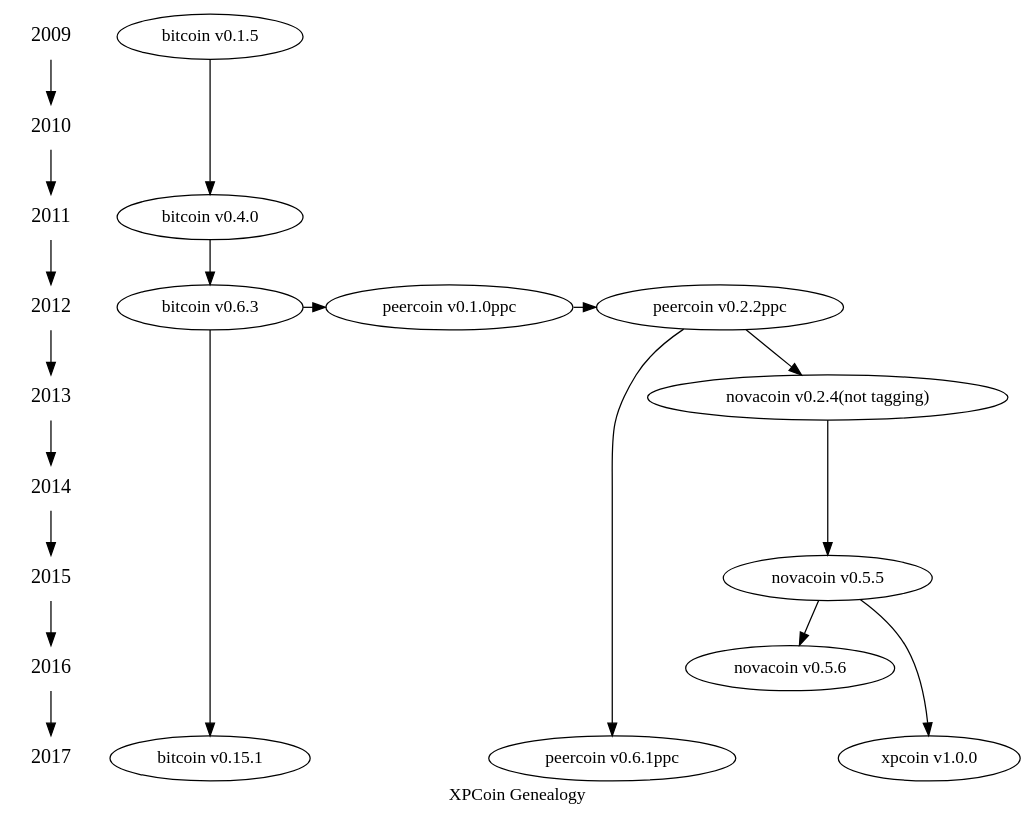
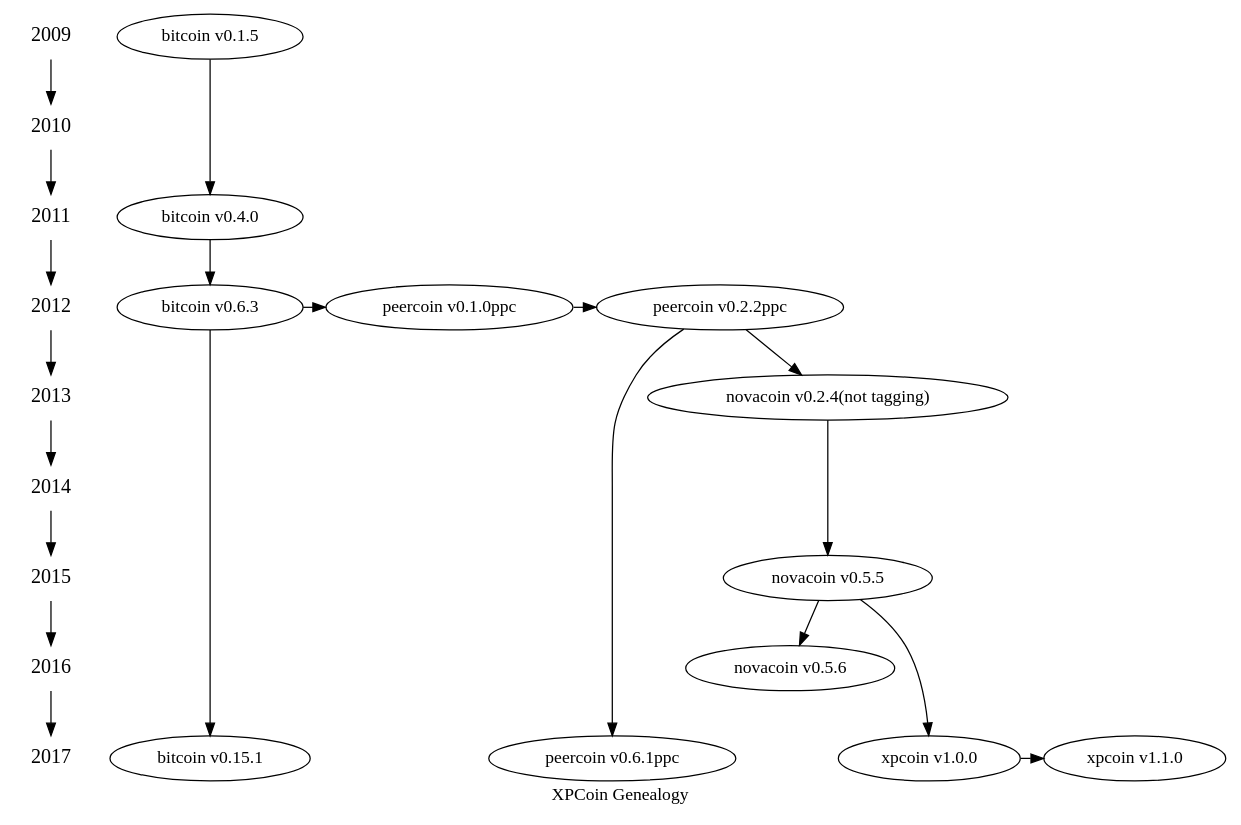
One commit to xpjp/xpcoin-genealogy changed the diagram in xpcoin-genealogy.dot. Above: the diagram before and after it, drawn with Graphviz. The commit also changed 1 other file, not shown here.

Commit message:
add xpcoin v1.1.0

```diff
--- a/xpcoin-genealogy.dot
+++ b/xpcoin-genealogy.dot
@@ -1,34 +1,36 @@
 digraph xpcoingenealogy {
   graph [label="XPCoin Genealogy"]
   /*timeline*/
   {
 	  node [shape=plaintext, fontsize=16];
 	  2009 -> 2010 -> 2011 -> 2012 -> 2013 -> 2014 -> 2015 -> 2016 -> 2017
   }
 
   /* VirtualCurrency */
   { rank = same; "2009"; "bitcoin v0.1.5"}
   { rank = same; "2011"; "bitcoin v0.4.0"}
   { rank = same; "2011"; "bitcoin v0.4.0"}
   { rank = same; "2012"; "bitcoin v0.6.3"}
   { rank = same; "2017"; "bitcoin v0.15.1"}
   { rank = same; "2012"; "peercoin v0.1.0ppc"}
   { rank = same; "2012"; "peercoin v0.2.2ppc"}
   { rank = same; "2017"; "peercoin v0.6.1ppc"}
   { rank = same; "2013"; "novacoin v0.2.4(not tagging)"}
   { rank = same; "2015"; "novacoin v0.5.5"}
   { rank = same; "2016"; "novacoin v0.5.6"}
   { rank = same; "2017"; "xpcoin v1.0.0"}
+  { rank = same; "2017"; "xpcoin v1.1.0"}
   "bitcoin v0.1.5" -> "bitcoin v0.4.0";
   "bitcoin v0.4.0" -> "bitcoin v0.6.3";
   "bitcoin v0.6.3" -> "bitcoin v0.15.1";
   "bitcoin v0.6.3" -> "peercoin v0.1.0ppc";
   
   "peercoin v0.1.0ppc" -> "peercoin v0.2.2ppc";
   "peercoin v0.2.2ppc" -> "peercoin v0.6.1ppc"
   "peercoin v0.2.2ppc" -> "novacoin v0.2.4(not tagging)";
 
   "novacoin v0.2.4(not tagging)" -> "novacoin v0.5.5";
   "novacoin v0.5.5" -> "novacoin v0.5.6";
   "novacoin v0.5.5" -> "xpcoin v1.0.0";
+  "xpcoin v1.0.0" -> "xpcoin v1.1.0";
 }
```
